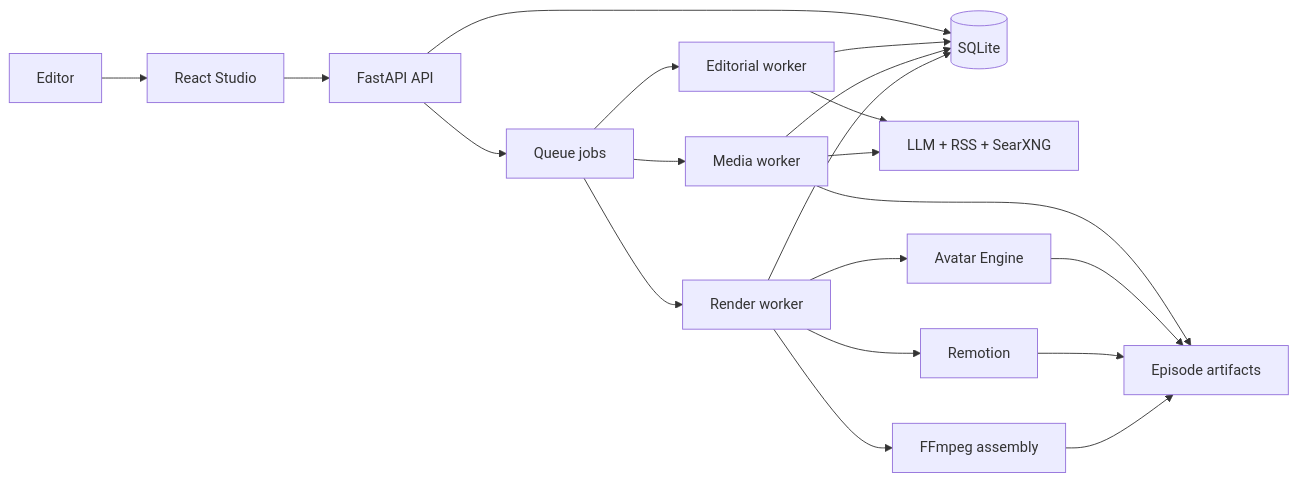
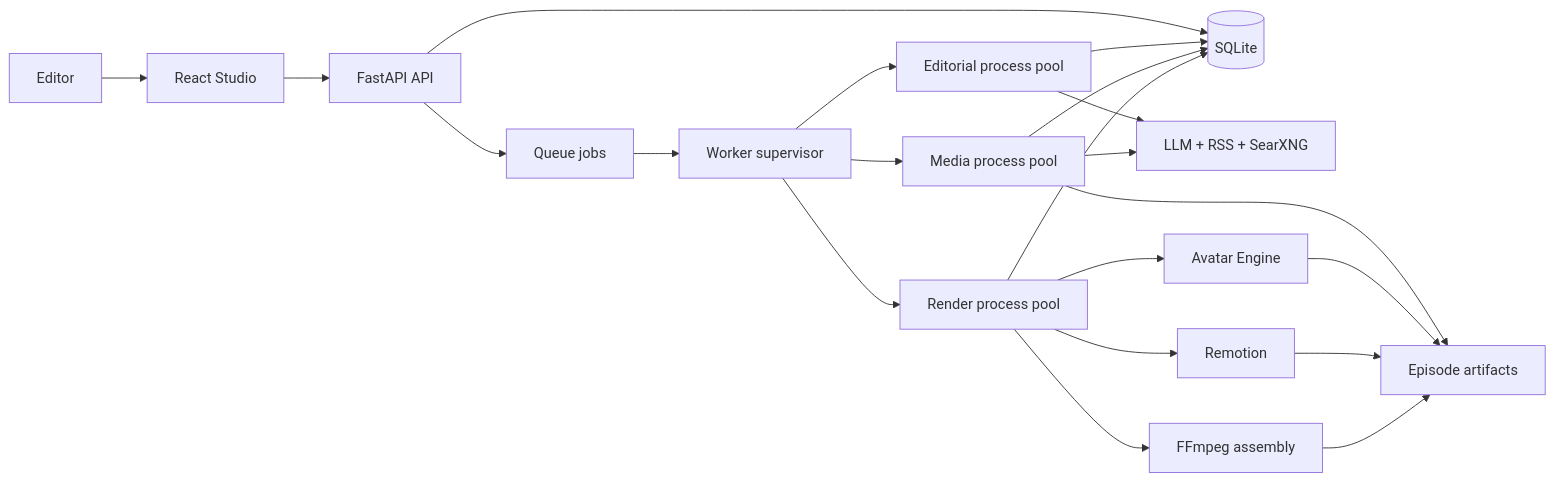
The first of 2 diagrams in docs/ARCHITECTURE.md (Arkane-o7/SynthPost), drawn with Mermaid before and after one commit. The commit also changed other lines of this file and 24 other files, not shown here.

````diff
--- a/docs/ARCHITECTURE.md
+++ b/docs/ARCHITECTURE.md
@@ -5,22 +5,23 @@
 ```mermaid
 flowchart LR
   U[Editor] --> Studio[React Studio]
   Studio --> API[FastAPI API]
   API --> DB[(SQLite)]
   API --> Queue[Queue jobs]
-  Queue --> Editorial[Editorial worker]
-  Queue --> Media[Media worker]
-  Queue --> Render[Render worker]
+  Queue --> Supervisor[Worker supervisor]
+  Supervisor --> Editorial[Editorial process pool]
+  Supervisor --> Media[Media process pool]
+  Supervisor --> Render[Render process pool]
   Editorial --> Providers[LLM + RSS + SearXNG]
   Media --> Providers
   Media --> Files[Episode artifacts]
   Render --> Avatar[Avatar Engine]
   Render --> Remotion[Remotion]
   Render --> FFmpeg[FFmpeg assembly]
   Editorial --> DB
   Media --> DB
   Render --> DB
   Avatar --> Files
   Remotion --> Files
   FFmpeg --> Files
 ```
````
